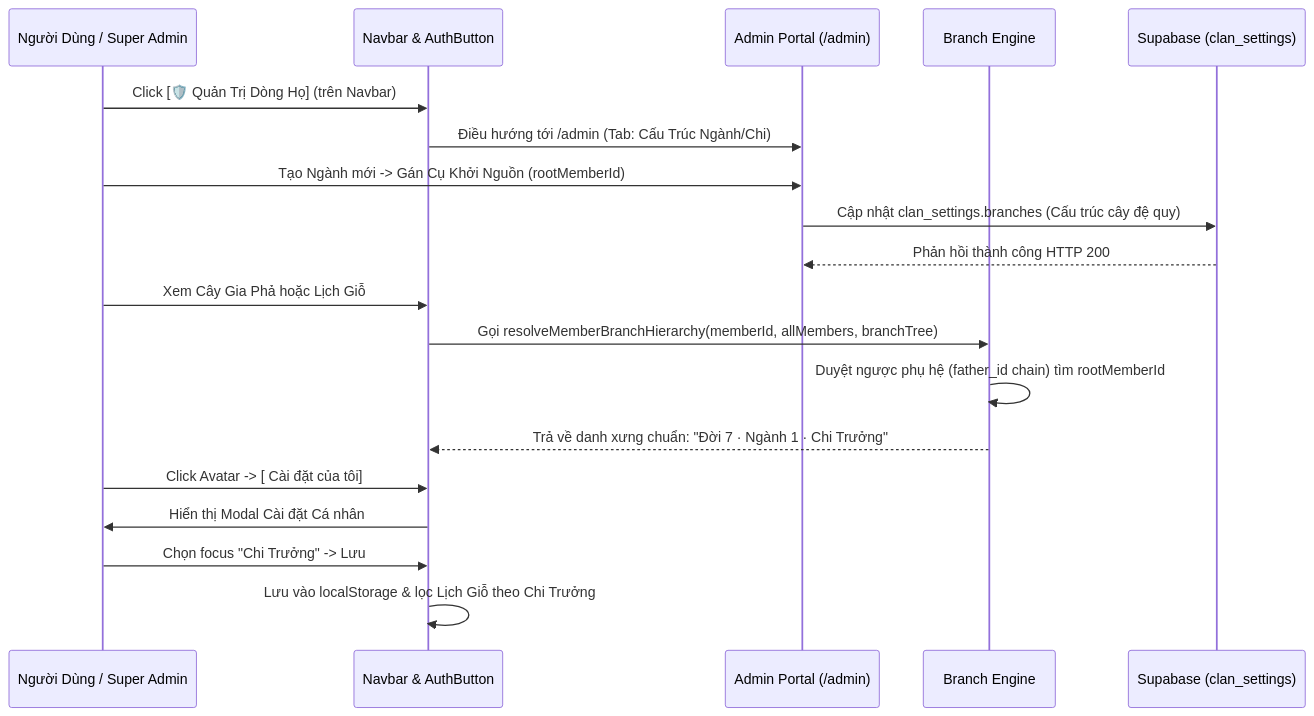
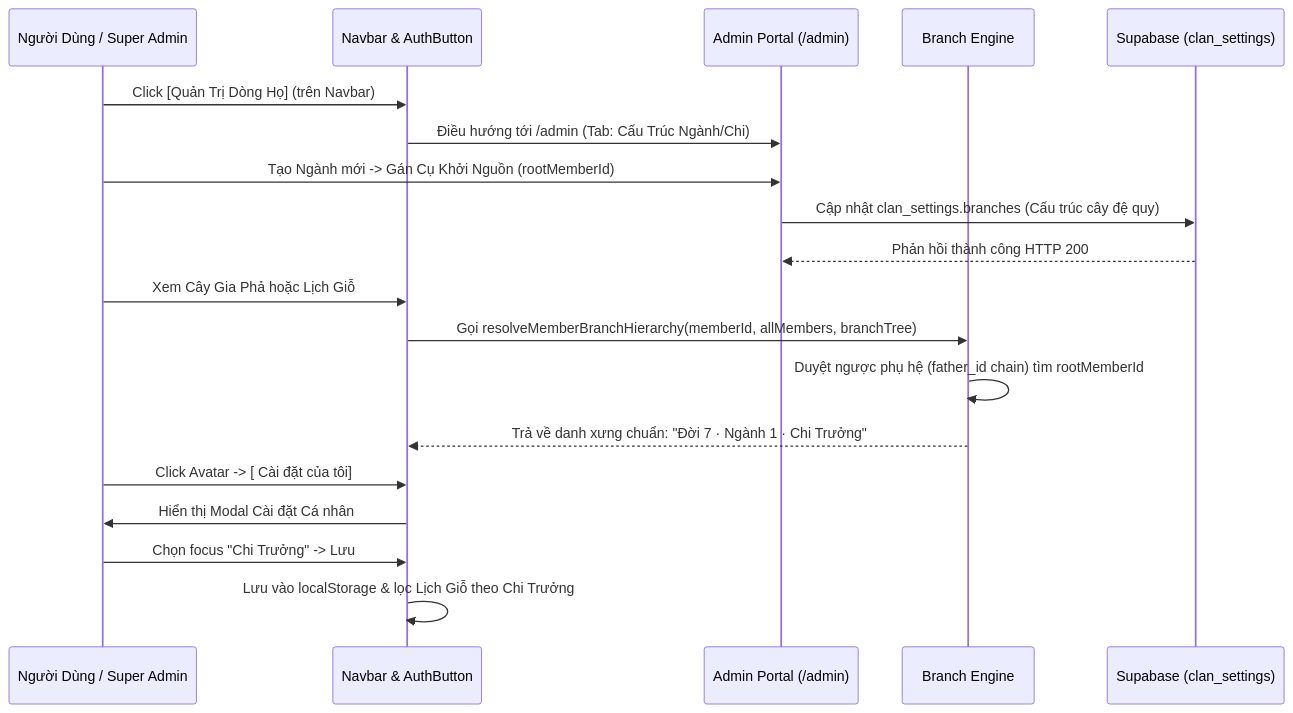
One commit to giappt/gia-pha changed the diagram in docs/15_Micro-Spec_Milestone_6_Branch_Taxonomy_Admin_Portal.md. Above: the diagram before and after it, drawn with Mermaid. The commit also changed other lines of this file and 49 other files, not shown here.

````diff
--- a/docs/15_Micro-Spec_Milestone_6_Branch_Taxonomy_Admin_Portal.md
+++ b/docs/15_Micro-Spec_Milestone_6_Branch_Taxonomy_Admin_Portal.md
@@ -85,27 +85,27 @@
 ```mermaid
 sequenceDiagram
     participant U as Người Dùng / Super Admin
     participant N as Navbar & AuthButton
     participant A as Admin Portal (/admin)
     participant E as Branch Engine
     participant S as Supabase (clan_settings)
 
     %% Luồng 1: Super Admin quản lý cấu trúc Ngành/Chi
-    U->>N: Click [🛡️ Quản Trị Dòng Họ] (trên Navbar)
+    U->>N: Click [Quản Trị Dòng Họ] (trên Navbar)
     N->>A: Điều hướng tới /admin (Tab: Cấu Trúc Ngành/Chi)
     U->>A: Tạo Ngành mới -> Gán Cụ Khởi Nguồn (rootMemberId)
     A->>S: Cập nhật clan_settings.branches (Cấu trúc cây đệ quy)
     S-->>A: Phản hồi thành công HTTP 200
 
     %% Luồng 2: Kế thừa Gia Phả tự động
     U->>N: Xem Cây Gia Phả hoặc Lịch Giỗ
     N->>E: Gọi resolveMemberBranchHierarchy(memberId, allMembers, branchTree)
     E->>E: Duyệt ngược phụ hệ (father_id chain) tìm rootMemberId
     E-->>N: Trả về danh xưng chuẩn: "Đời 7 · Ngành 1 · Chi Trưởng"
 
     %% Luồng 3: Cài đặt cá nhân
     U->>N: Click Avatar -> [ Cài đặt của tôi]
     N->>U: Hiển thị Modal Cài đặt Cá nhân
     U->>N: Chọn focus "Chi Trưởng" -> Lưu
     N->>N: Lưu vào localStorage & lọc Lịch Giỗ theo Chi Trưởng
 ```
````
